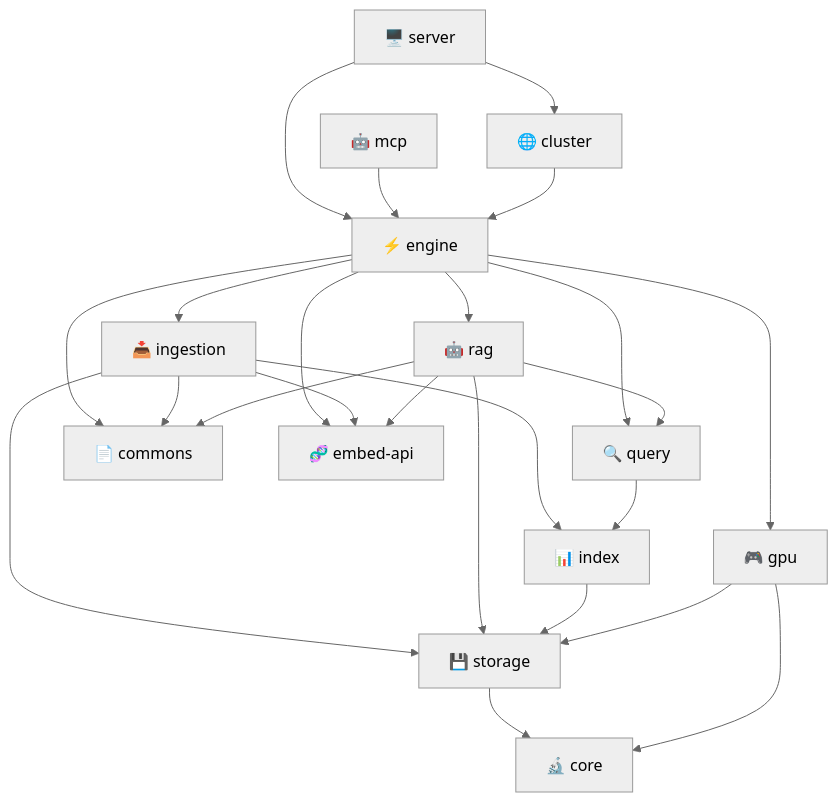
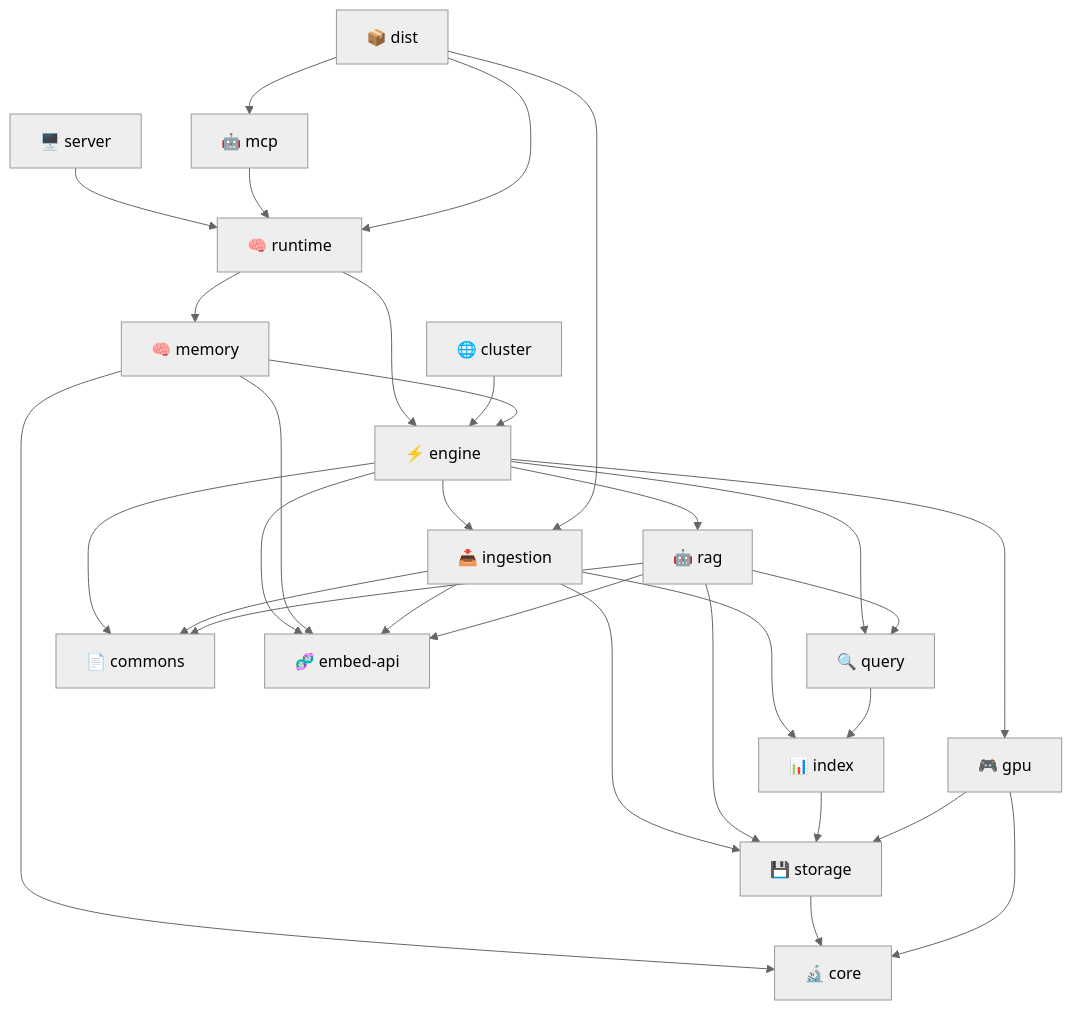
The second of 7 diagrams in docs/docs/architecture/overview.md (spectrayan/spector-search), drawn with Mermaid (neutral theme) before and after one commit. The commit also changed other lines of this file and 4 other files, not shown here.

First line of the commit message:
docs: comprehensive documentation update for SpectorRuntime + spector-dist

````diff
--- a/docs/docs/architecture/overview.md
+++ b/docs/docs/architecture/overview.md
@@ -61,31 +67,41 @@
 ```mermaid
 graph TD
-    server["🖥️ server"] --> cluster["🌐 cluster"]
-    server --> engine["⚡ engine"]
-    mcp["🤖 mcp"] --> engine
+    server["🖥️ server"] --> runtime["🧠 runtime"]
+    mcp["🤖 mcp"] --> runtime
 
-    cluster --> engine
+    runtime --> engine["⚡ engine"]
+    runtime --> memory["🧠 memory"]
+
+    cluster["🌐 cluster"] --> engine
     engine --> query["🔍 query"]
     engine --> ingestion["📥 ingestion"]
     engine --> rag["🤖 rag"]
     engine --> commons["📄 commons"]
     engine --> embedapi["🧬 embed-api"]
     engine --> gpu["🎮 gpu"]
+
+    memory --> core["🔬 core"]
+    memory --> engine
+    memory --> embedapi
 
     ingestion --> commons
     ingestion --> embedapi
     ingestion --> storage
     ingestion --> index
 
     rag --> query
     rag --> embedapi
     rag --> storage
     rag --> commons
 
     query --> index["📊 index"]
     index --> storage["💾 storage"]
-    storage --> core["🔬 core"]
+    storage --> core
 
     gpu --> core
     gpu --> storage
+
+    dist["📦 dist"] --> mcp
+    dist --> runtime
+    dist --> ingestion
 ```
````
